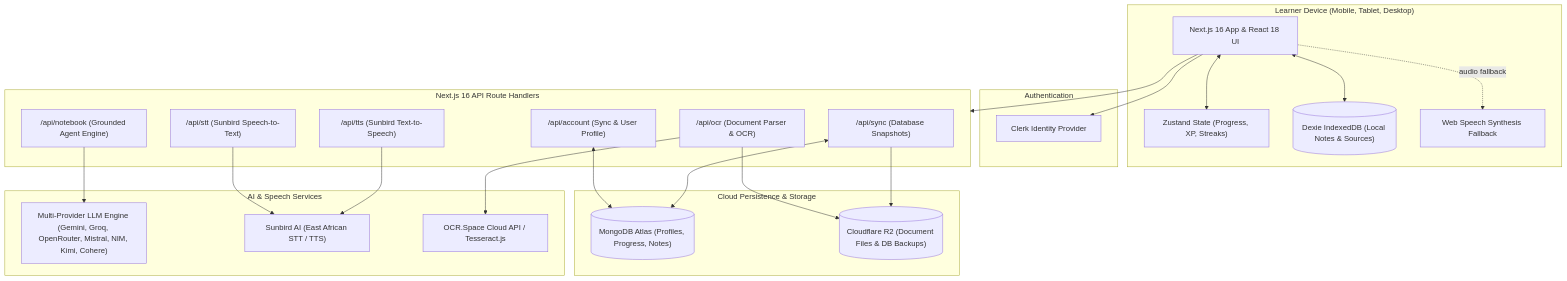
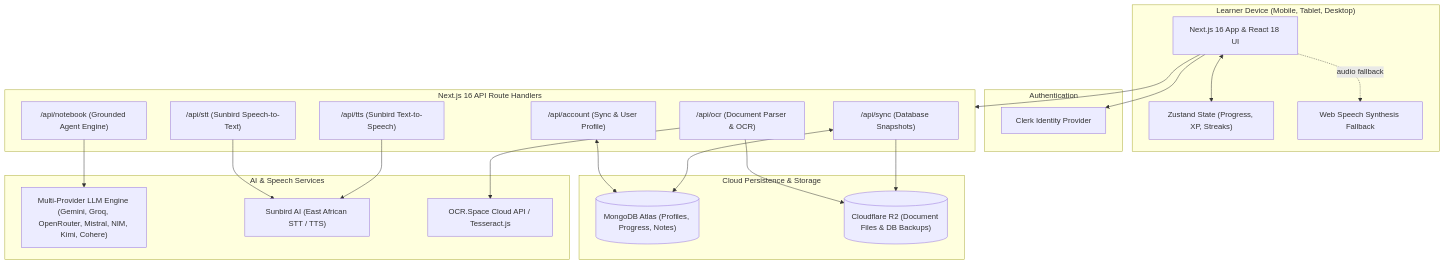
The first of 3 diagrams in README.md (marthanp/sautika), drawn with Mermaid before and after one commit. The commit also changed other lines of this file and 76 other files, not shown here.

````diff
--- a/README.md
+++ b/README.md
@@ -73,47 +73,45 @@
 ```mermaid
 flowchart TD
     subgraph Client["Learner Device (Mobile, Tablet, Desktop)"]
         UI["Next.js 16 App & React 18 UI"]
         ZStore["Zustand State (Progress, XP, Streaks)"]
-        LocalDB[("Dexie IndexedDB (Local Notes & Sources)")]
         WebSpeech["Web Speech Synthesis Fallback"]
         UI <--> ZStore
-        UI <--> LocalDB
         UI -. audio fallback .-> WebSpeech
     end
 
     subgraph AuthLayer["Authentication"]
         ClerkAuth["Clerk Identity Provider"]
         UI --> ClerkAuth
     end
 
     subgraph ServerRoutes["Next.js 16 API Route Handlers"]
         AccRoute["/api/account (Sync & User Profile)"]
         NotebookRoute["/api/notebook (Grounded Agent Engine)"]
         OCRRoute["/api/ocr (Document Parser & OCR)"]
         STTRoute["/api/stt (Sunbird Speech-to-Text)"]
         TTSRoute["/api/tts (Sunbird Text-to-Speech)"]
         SyncRoute["/api/sync (Database Snapshots)"]
     end
 
     subgraph BackendData["Cloud Persistence & Storage"]
         MongoDB[("MongoDB Atlas (Profiles, Progress, Notes)")]
         R2Storage[("Cloudflare R2 (Document Files & DB Backups)")]
     end
 
     subgraph ExternalAI["AI & Speech Services"]
         LLMEngine["Multi-Provider LLM Engine (Gemini, Groq, OpenRouter, Mistral, NIM, Kimi, Cohere)"]
         SunbirdAPI["Sunbird AI (East African STT / TTS)"]
         OCRSpaceAPI["OCR.Space Cloud API / Tesseract.js"]
     end
 
     UI --> ServerRoutes
     AccRoute <--> MongoDB
     NotebookRoute --> LLMEngine
     OCRRoute --> OCRSpaceAPI
     OCRRoute --> R2Storage
     STTRoute --> SunbirdAPI
     TTSRoute --> SunbirdAPI
     SyncRoute <--> MongoDB
     SyncRoute --> R2Storage
 ```
````
